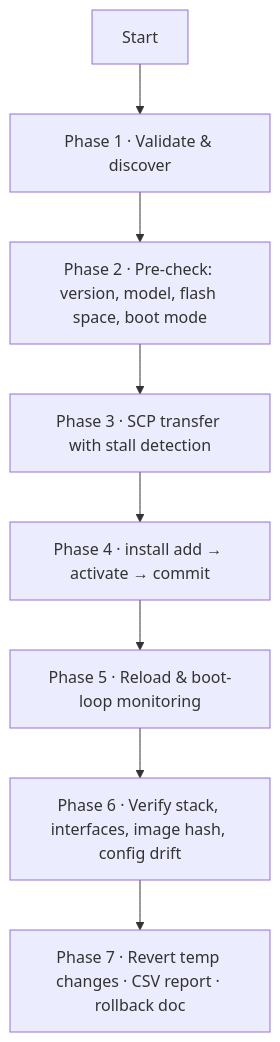
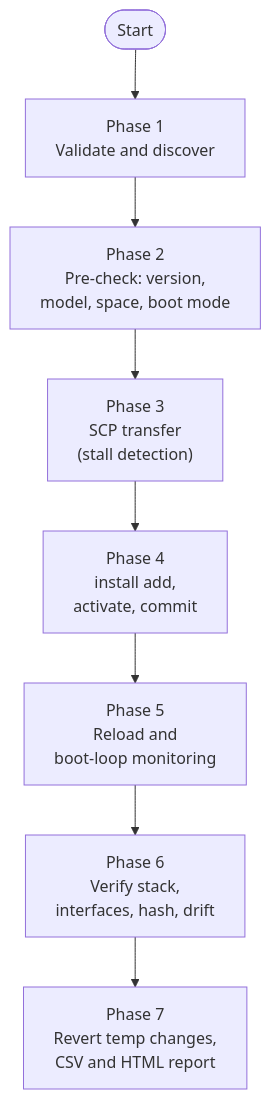
The diagram in README.md (rainykarthick-crypto/cisco-xe-upgrade-orchestrator), drawn with Mermaid before and after one commit. The commit also changed other lines of this file and 1 other file, not shown here.

Commit message:
docs: show the full workflow diagram text
The rendered diagram clipped every label at the box edge because each phase was
a single long line containing `·` and `→`, which the renderer mis-measures
(it clips instead of wrapping).

- Each node now uses explicit `<br/>` line breaks (max ~23 characters per
  line), ASCII separators (`:`, `,`) and quoted labels, so the text fits and
  is fully visible.
- Added docs/architecture_workflow.png: a static render of the same diagram for
  viewers that clip Mermaid labels.

Verified by rendering with Mermaid CLI (puppeteer + Edge), not by inspection:
initial single-line variant clipped exactly like the reported screenshot; the
`<br/>` variant renders all seven phases in full with uniform boxes.

````diff
--- a/README.md
+++ b/README.md
@@ -69,10 +69,10 @@
 ```mermaid
-graph TD
-    A[Start] --> B[Phase 1 · Validate & discover]
-    B --> C[Phase 2 · Pre-check: version, model, flash space, boot mode]
-    C --> D[Phase 3 · SCP transfer with stall detection]
-    D --> E[Phase 4 · install add → activate → commit]
-    E --> F[Phase 5 · Reload & boot-loop monitoring]
-    F --> G[Phase 6 · Verify stack, interfaces, image hash, config drift]
-    G --> H[Phase 7 · Revert temp changes · CSV report · rollback doc]
+flowchart TD
+    A([Start]) --> B["Phase 1<br/>Validate and discover"]
+    B --> C["Phase 2<br/>Pre-check: version,<br/>model, space, boot mode"]
+    C --> D["Phase 3<br/>SCP transfer<br/>(stall detection)"]
+    D --> E["Phase 4<br/>install add,<br/>activate, commit"]
+    E --> F["Phase 5<br/>Reload and<br/>boot-loop monitoring"]
+    F --> G["Phase 6<br/>Verify stack,<br/>interfaces, hash, drift"]
+    G --> H["Phase 7<br/>Revert temp changes,<br/>CSV and HTML report"]
 ```
````
